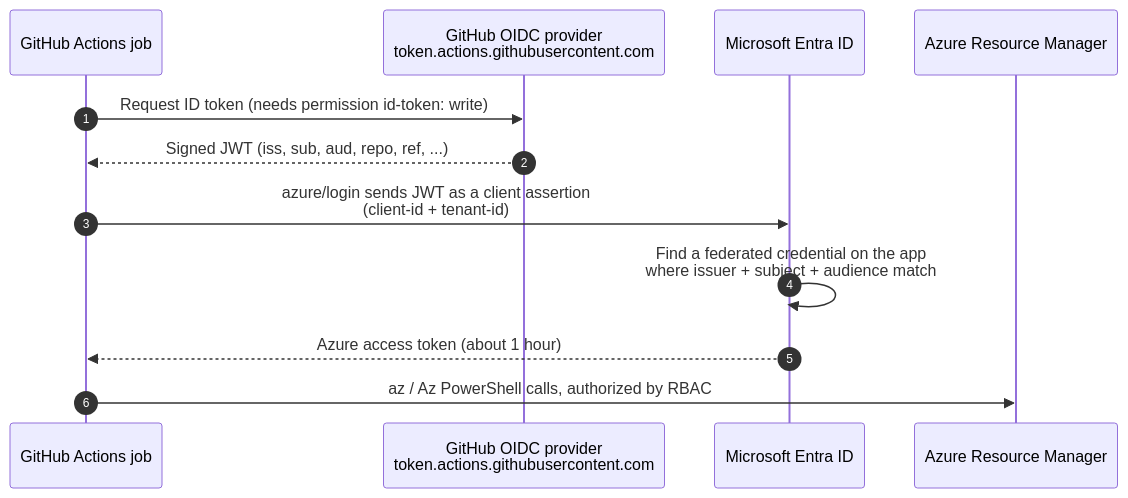
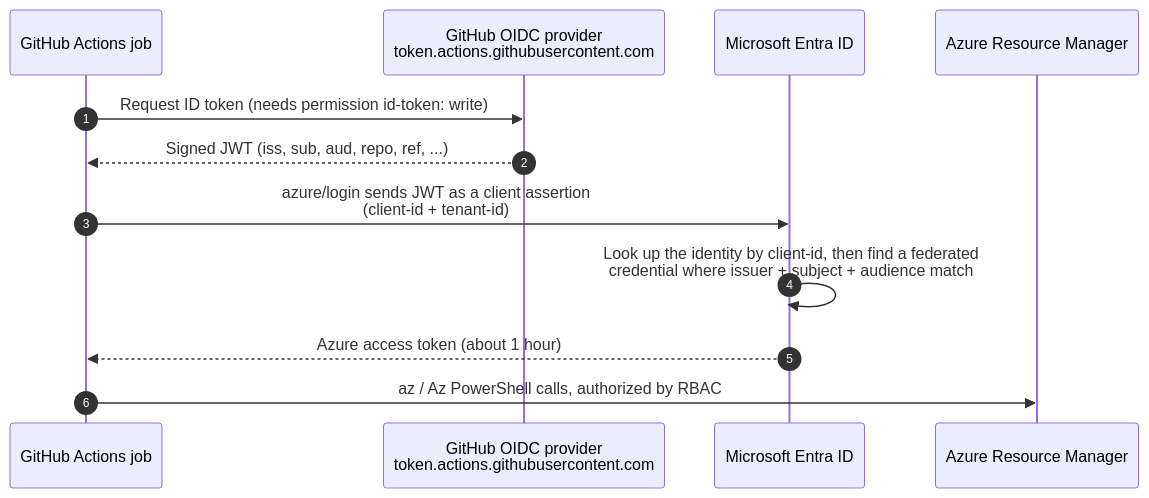
Before and after one commit to morakot-inta/Use-the-Azure-Login-action-with-OpenID-Connect: the diagram in docs/00-concepts.md, drawn with Mermaid. The commit also changed other lines of this file and 19 other files, not shown here.

````diff
--- a/docs/00-concepts.md
+++ b/docs/00-concepts.md
@@ -12,15 +12,15 @@
 ```mermaid
 sequenceDiagram
     autonumber
     participant W as GitHub Actions job
     participant G as GitHub OIDC provider<br/>token.actions.githubusercontent.com
     participant E as Microsoft Entra ID
     participant A as Azure Resource Manager
 
     W->>G: Request ID token (needs permission id-token: write)
     G-->>W: Signed JWT (iss, sub, aud, repo, ref, ...)
     W->>E: azure/login sends JWT as a client assertion<br/>(client-id + tenant-id)
-    E->>E: Find a federated credential on the app<br/>where issuer + subject + audience match
+    E->>E: Look up the identity by client-id, then find a federated<br/>credential where issuer + subject + audience match
     E-->>W: Azure access token (about 1 hour)
     W->>A: az / Az PowerShell calls, authorized by RBAC
 ```
````
